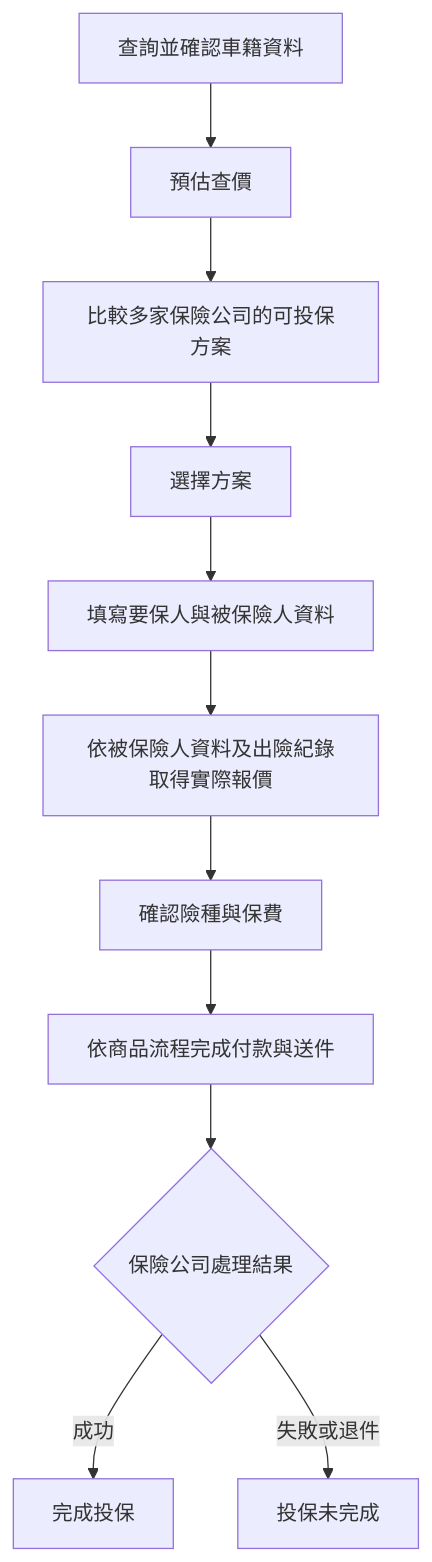
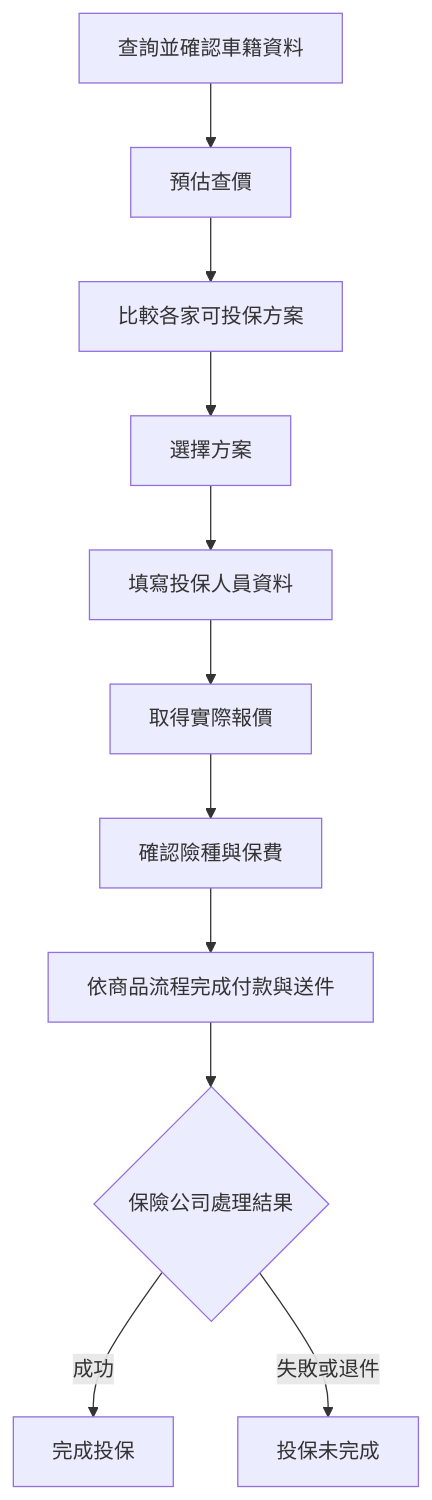
One commit to highhao/insurance-saas-platform changed the first of 3 diagrams in README.md. Above: the diagram before and after it, drawn with Mermaid. The commit also changed other lines of this file and 1 other file, not shown here.

Commit message:
Improve portfolio layout and diagram readability

````diff
--- a/README.md
+++ b/README.md
@@ -13,13 +13,13 @@
 ```mermaid
 flowchart TB
     A[查詢並確認車籍資料] --> B[預估查價]
-    B --> C[比較多家保險公司的可投保方案]
+    B --> C[比較各家可投保方案]
     C --> D[選擇方案]
-    D --> E[填寫要保人與被保險人資料]
-    E --> F[依被保險人資料及出險紀錄取得實際報價]
+    D --> E[填寫投保人員資料]
+    E --> F[取得實際報價]
     F --> G[確認險種與保費]
     G --> H[依商品流程完成付款與送件]
     H --> I{保險公司處理結果}
     I -->|成功| J[完成投保]
     I -->|失敗或退件| K[投保未完成]
 ```
````
